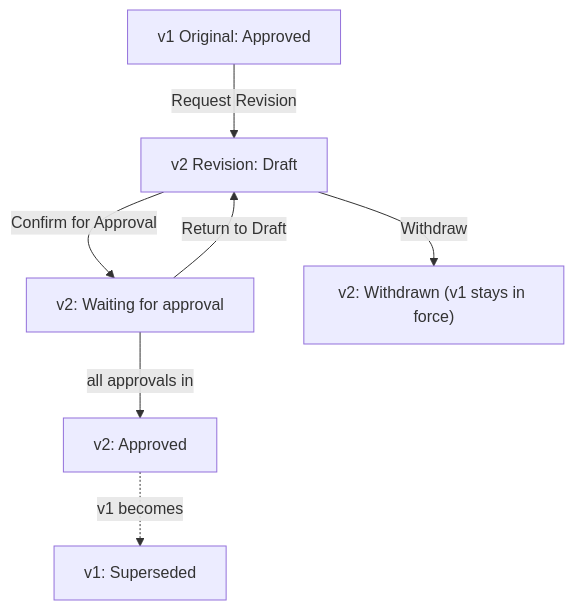
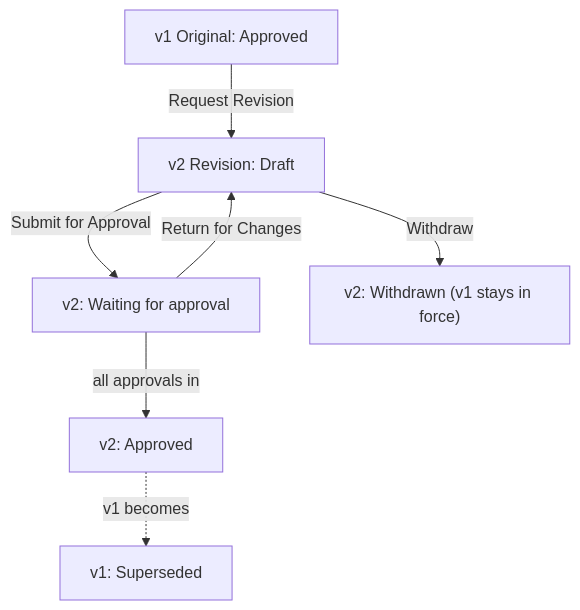
Before and after one commit to dennokorir/tritel_erp_training: the diagram in training-portal/src/content/docs/projects/concepts/baselines.mdx, drawn with Mermaid. The commit also changed other lines of this file and 146 other files, not shown here.

````diff
--- a/training-portal/src/content/docs/projects/concepts/baselines.mdx
+++ b/training-portal/src/content/docs/projects/concepts/baselines.mdx
@@ -36,10 +37,10 @@
 ```mermaid
 flowchart TD
 %% docs-sync: shows tritel_project_delivery:selection:project.delivery.baseline.kind, tritel_project_delivery:selection:project.delivery.baseline.state, tritel_project_delivery:selection:project.delivery.client.delay.state, tritel_project_delivery:selection:project.project.handover_state, tritel_project_delivery:view_ext:project.edit_project:button:request-revision
   V1["v1 Original: Approved"] -->|"Request Revision"| V2["v2 Revision: Draft"]
-  V2 -->|"Confirm for Approval"| W["v2: Waiting for approval"]
+  V2 -->|"Submit for Approval"| W["v2: Waiting for approval"]
   W -->|"all approvals in"| A2["v2: Approved"]
   A2 -.->|"v1 becomes"| S["v1: Superseded"]
-  W -->|"Return to Draft"| V2
+  W -->|"Return for Changes"| V2
   V2 -->|"Withdraw"| X["v2: Withdrawn (v1 stays in force)"]
 ```
````
